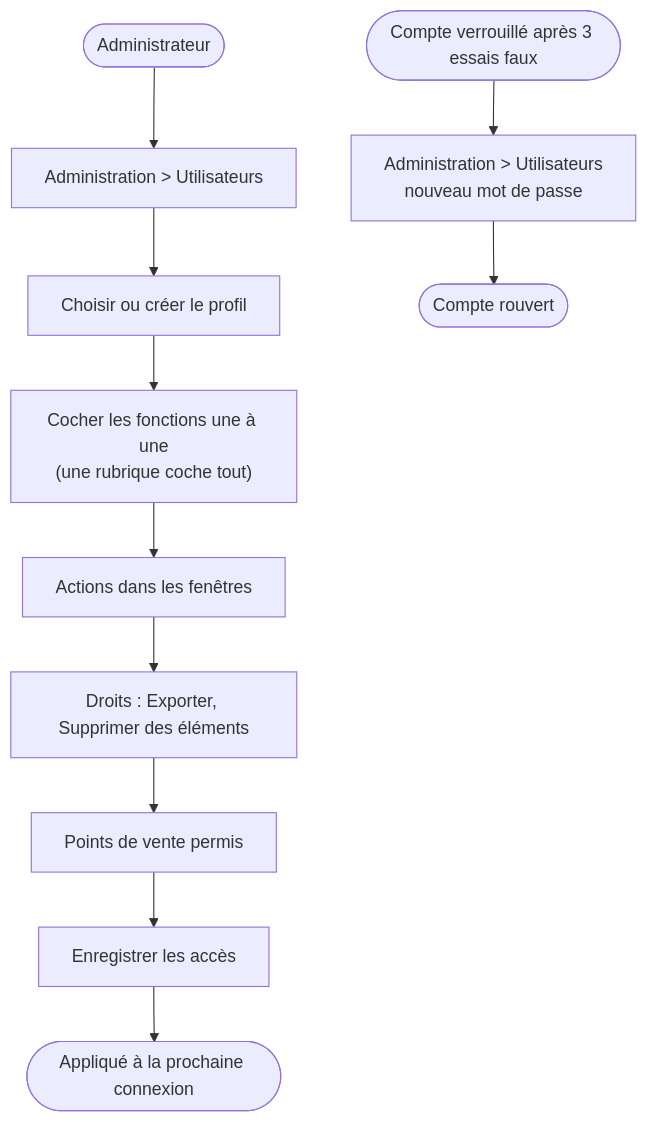
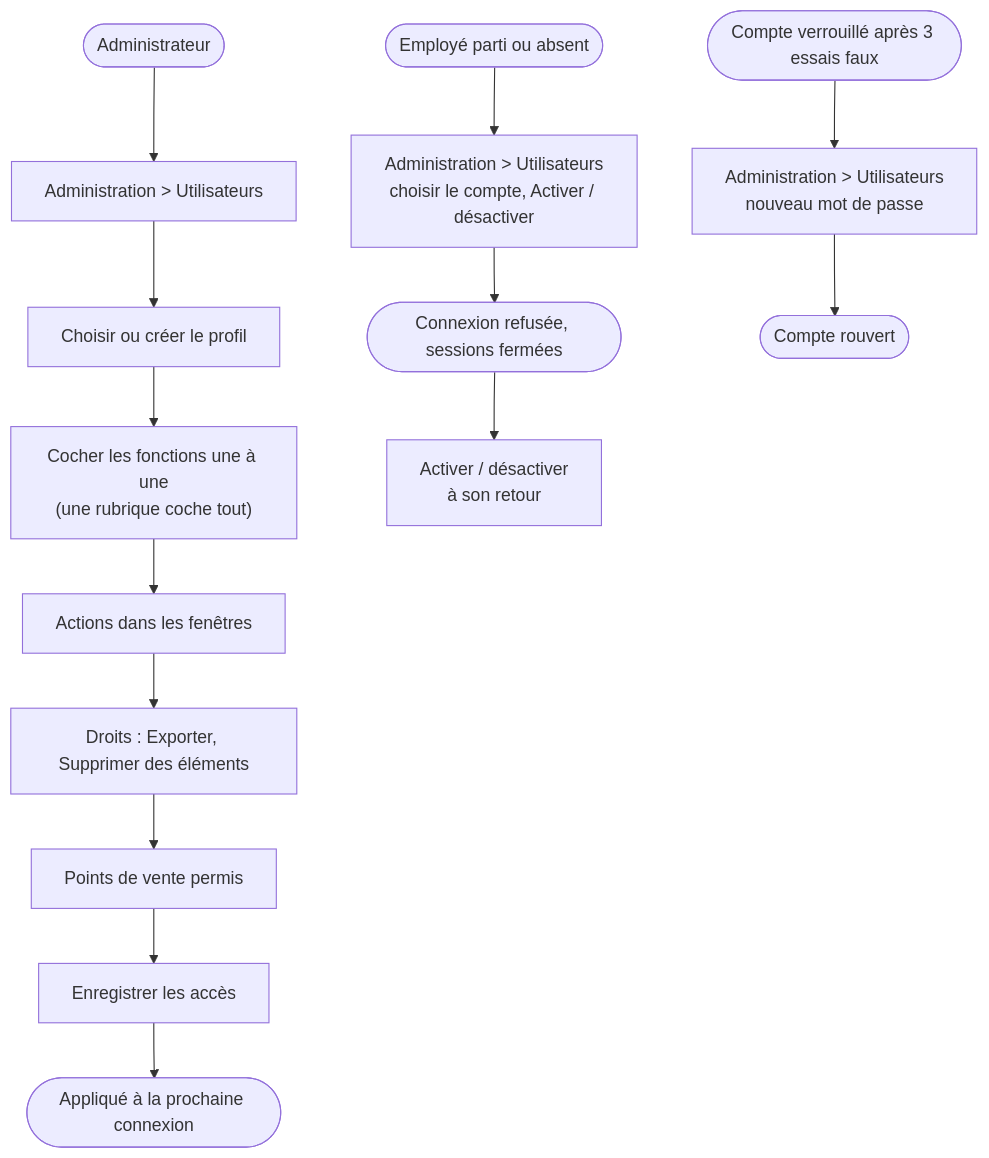
Diagram 15 of 15 in documentation/WORKFLOWS.md (mteingueng-dot/MVOGMBI_Sync_2026.1), drawn with Mermaid before and after one commit. The commit also changed 20 other files, not shown here.

Commit message:
Version 2.15.1 : activer / désactiver un compte utilisateur (confirmation, journal, sessions fermées)

````diff
--- a/documentation/WORKFLOWS.md
+++ b/documentation/WORKFLOWS.md
@@ -249,12 +249,14 @@
 ```mermaid
 flowchart TD
     A([Administrateur]) --> B["Administration > Utilisateurs"]
     B --> C["Choisir ou créer le profil"]
     C --> D["Cocher les fonctions une à une<br/>(une rubrique coche tout)"]
     D --> E["Actions dans les fenêtres"]
     E --> F["Droits : Exporter, Supprimer des éléments"]
     F --> G["Points de vente permis"]
     G --> H["Enregistrer les accès"]
     H --> I([Appliqué à la prochaine connexion])
+    M([Employé parti ou absent]) --> N["Administration > Utilisateurs<br/>choisir le compte, Activer / désactiver"]
+    N --> O([Connexion refusée, sessions fermées]) --> P["Activer / désactiver<br/>à son retour"]
     J([Compte verrouillé après 3 essais faux]) --> K["Administration > Utilisateurs<br/>nouveau mot de passe"] --> L([Compte rouvert])
 ```
````
